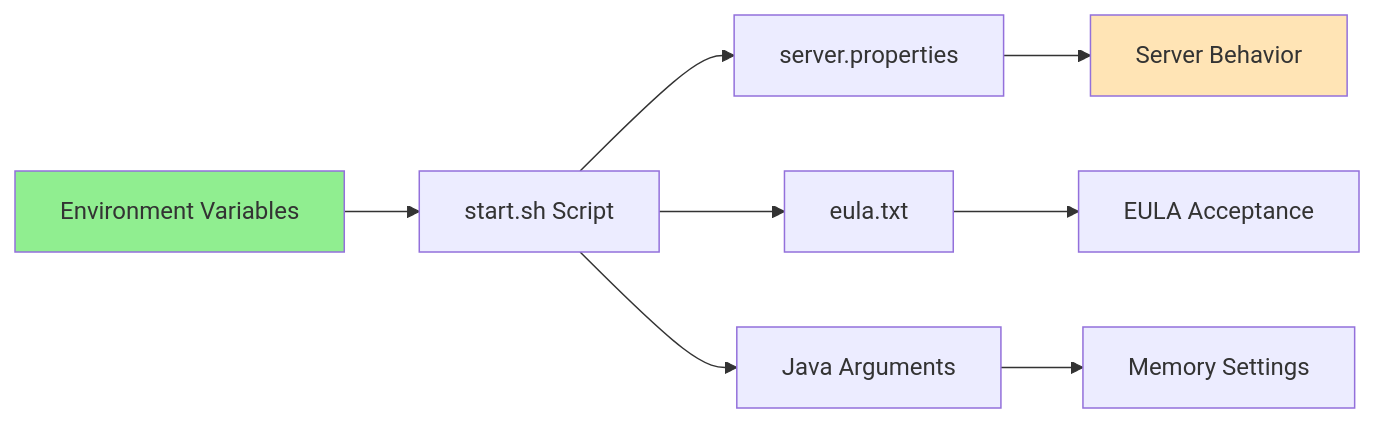
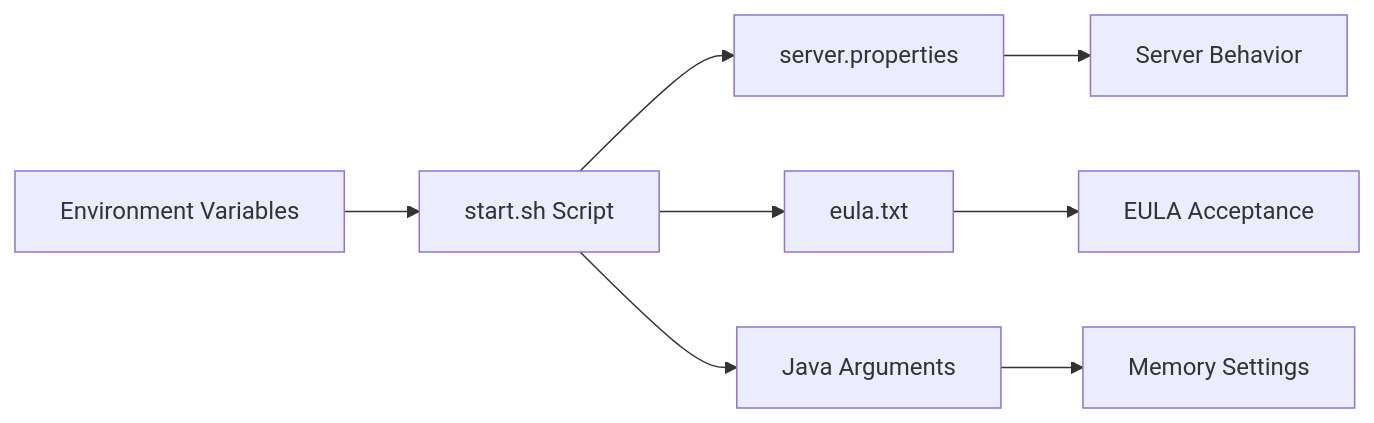
The eighth of 9 diagrams in docs/projects/minecraft-server.md (4gh0rn/dev-blog), drawn with Mermaid before and after one commit. The commit also changed other lines of this file and 17 other files, not shown here.

````diff
--- a/docs/projects/minecraft-server.md
+++ b/docs/projects/minecraft-server.md
@@ -241,14 +223,11 @@
 ```mermaid
 graph LR
     A[Environment Variables] --> B[start.sh Script]
     B --> C[server.properties]
     B --> D[eula.txt]
     B --> E[Java Arguments]
     
     C --> F[Server Behavior]
     D --> G[EULA Acceptance]
     E --> H[Memory Settings]
-    
-    style A fill:#90EE90
-    style F fill:#FFE4B5
 ```
````
